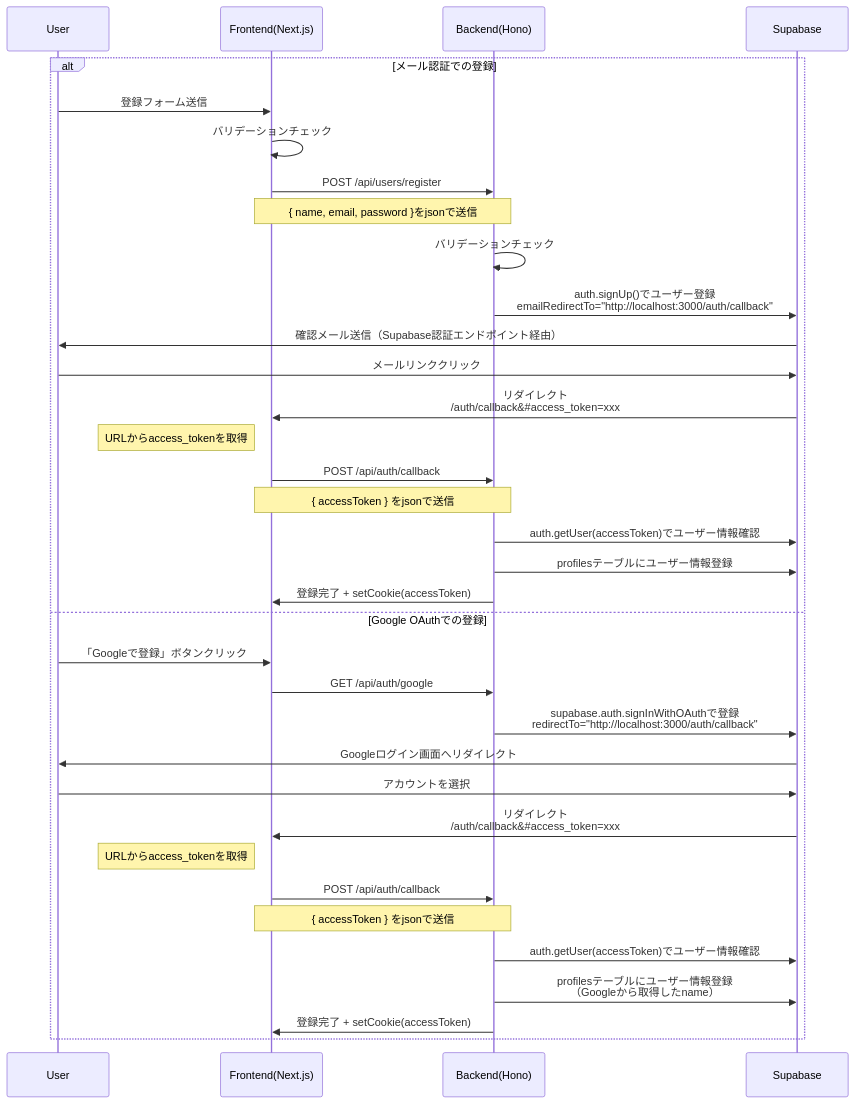
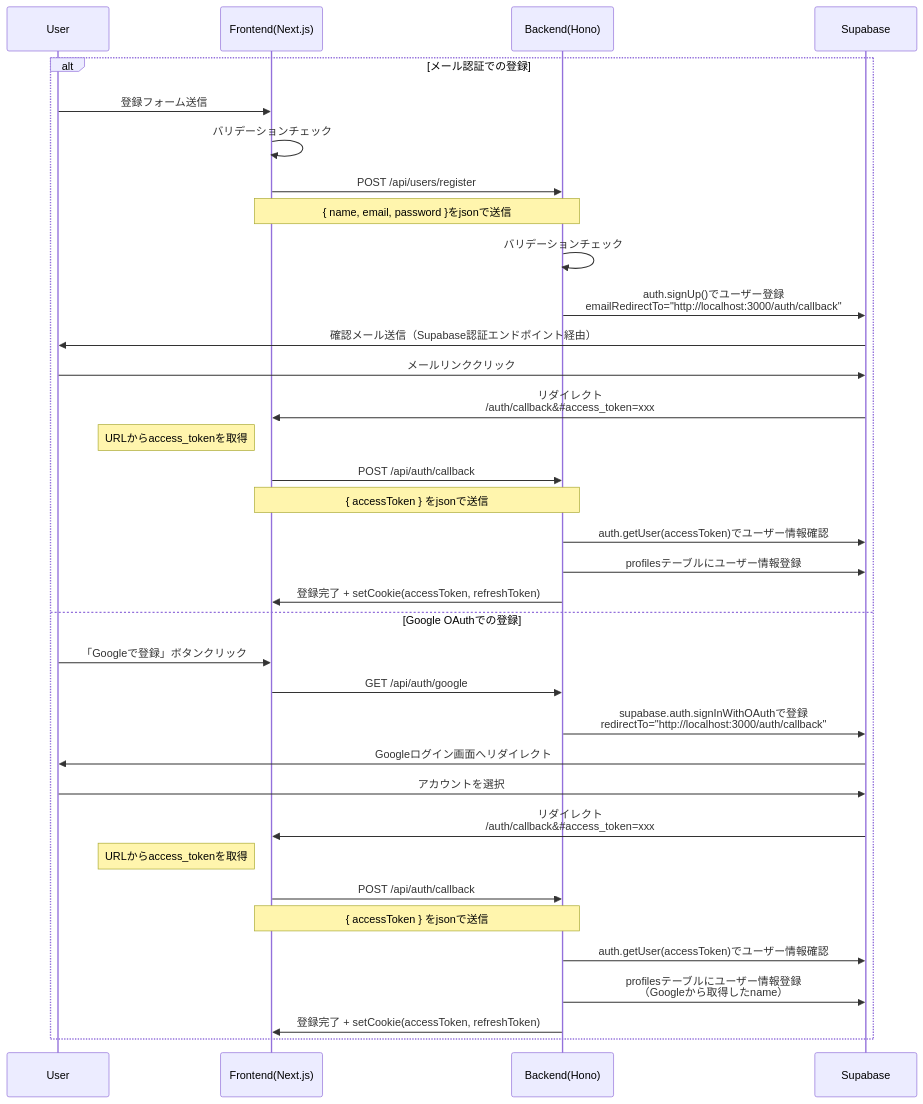
The first of 5 diagrams in docs/station3/doc.md (Takuya0202/foodsnap), drawn with Mermaid before and after one commit. The commit also changed other lines of this file and 1 other file, not shown here.

````diff
--- a/docs/station3/doc.md
+++ b/docs/station3/doc.md
@@ -44,41 +44,41 @@
 ```mermaid
 sequenceDiagram
   participant U as User
   participant F as Frontend(Next.js)
   participant B as Backend(Hono)
   participant DB as Supabase
 
   alt メール認証での登録
     U->>F: 登録フォーム送信
     F->>F: バリデーションチェック
     F->>B: POST /api/users/register
     Note over F,B: { name, email, password }をjsonで送信
     
     B->>B: バリデーションチェック
     B->>DB: auth.signUp()でユーザー登録<br/>emailRedirectTo="http://localhost:3000/auth/callback"
 
     DB->>U: 確認メール送信（Supabase認証エンドポイント経由）
     U->>DB: メールリンククリック
     DB->>F: リダイレクト<br/>/auth/callback&#35;access_token=xxx
     Note left of F: URLからaccess_tokenを取得
     F->>B: POST /api/auth/callback
     Note over F,B: { accessToken } をjsonで送信
     B->>DB: auth.getUser(accessToken)でユーザー情報確認
     B->>DB: profilesテーブルにユーザー情報登録
-    B->>F: 登録完了 + setCookie(accessToken)
+    B->>F: 登録完了 + setCookie(accessToken, refreshToken)
     
   else Google OAuthでの登録
     U->>F: 「Googleで登録」ボタンクリック
     F->>B: GET /api/auth/google
     B->>DB: supabase.auth.signInWithOAuthで登録<br/>redirectTo="http://localhost:3000/auth/callback"
     DB->>U: Googleログイン画面へリダイレクト
     U->>DB: アカウントを選択
     DB->>F: リダイレクト<br/>/auth/callback&#35;access_token=xxx
     Note left of F: URLからaccess_tokenを取得
     F->>B: POST /api/auth/callback
     Note over F,B: { accessToken } をjsonで送信
     B->>DB: auth.getUser(accessToken)でユーザー情報確認
     B->>DB: profilesテーブルにユーザー情報登録<br/>（Googleから取得したname）
-    B->>F: 登録完了 + setCookie(accessToken)
+    B->>F: 登録完了 + setCookie(accessToken, refreshToken)
   end
 ```
````
